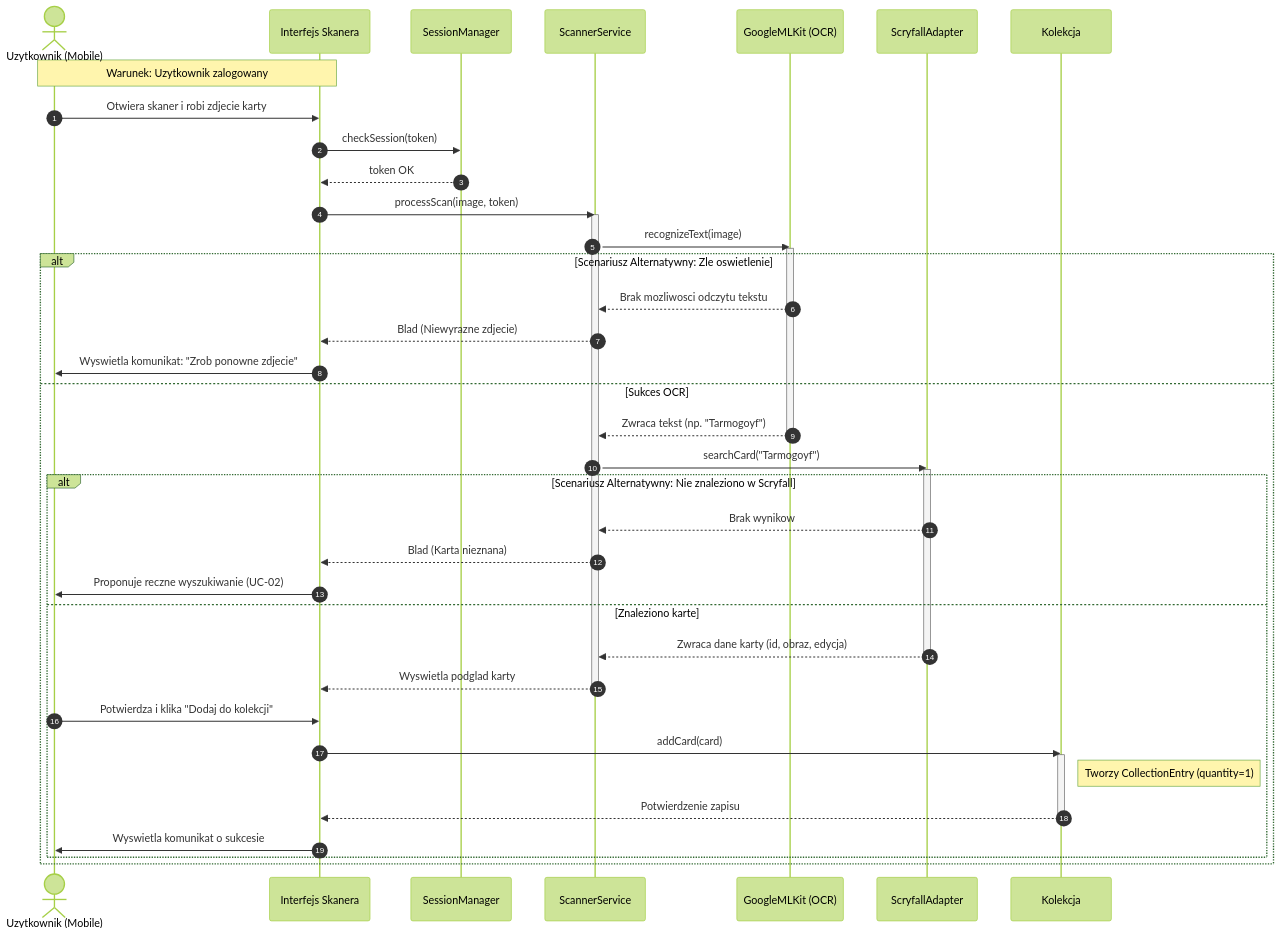
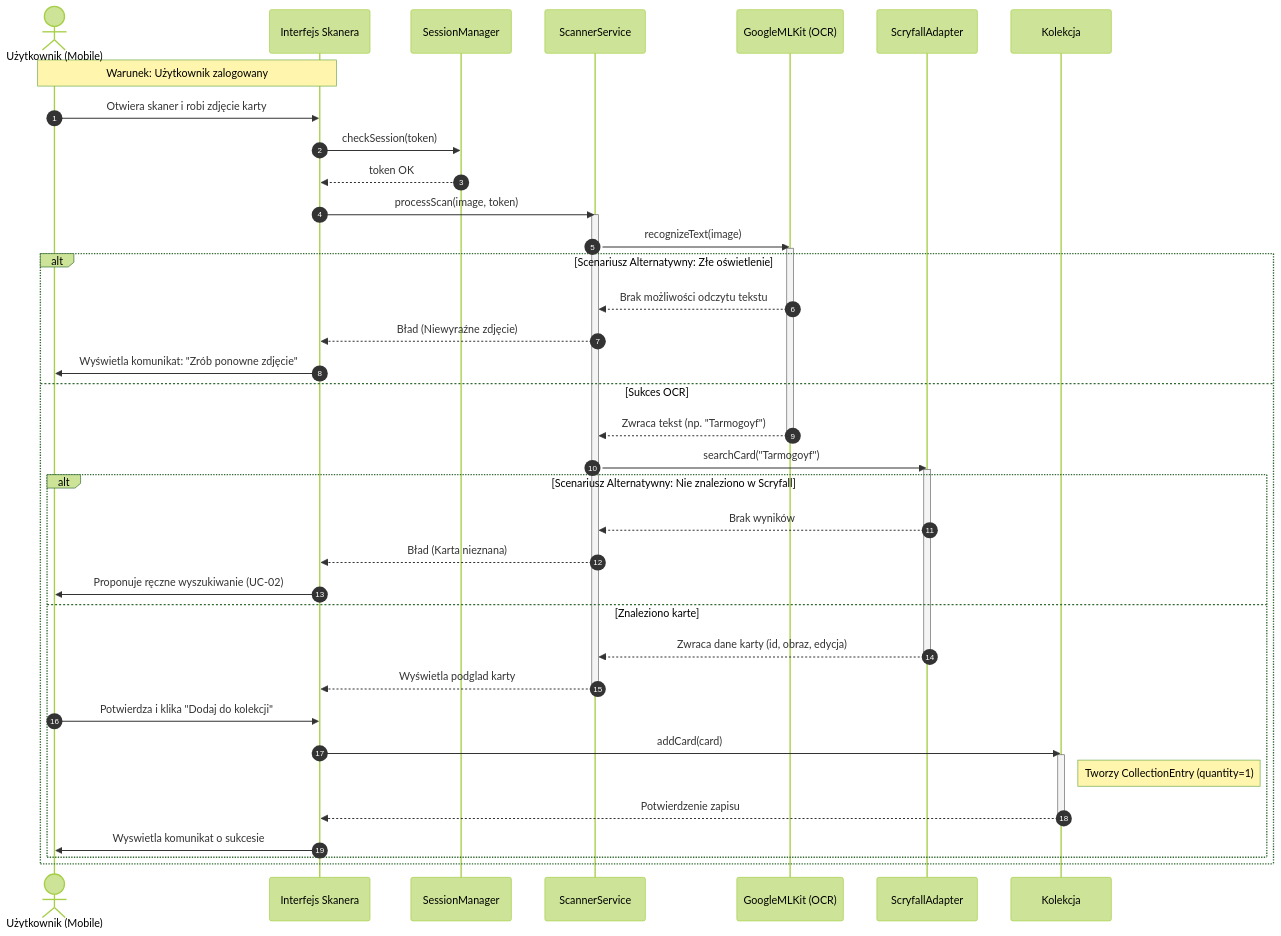
The third of 7 diagrams in work_in_progress/diagramSekwencji.md (IO-2026-Pryncypalki/Grimoire_MTG), drawn with Mermaid (forest theme) before and after one commit. The commit also changed other lines of this file and 2 other files, not shown here.

Commit message:
dodano_polskie_znaki_w_diagramie_sekwencji

````diff
--- a/work_in_progress/diagramSekwencji.md
+++ b/work_in_progress/diagramSekwencji.md
@@ -108,55 +108,55 @@
 ```mermaid
 sequenceDiagram
     autonumber
-    actor U as Uzytkownik (Mobile)
+    actor U as Użytkownik (Mobile)
     participant UI as Interfejs Skanera
     participant SM as SessionManager
     participant SS as ScannerService
     participant ML as GoogleMLKit (OCR)
     participant SA as ScryfallAdapter
     participant COL as Kolekcja
 
-    Note over U, UI: Warunek: Uzytkownik zalogowany
+    Note over U, UI: Warunek: Użytkownik zalogowany
 
-    U->>UI: Otwiera skaner i robi zdjecie karty
+    U->>UI: Otwiera skaner i robi zdjęcie karty
     UI->>SM: checkSession(token)
     SM-->>UI: token OK
 
     UI->>SS: processScan(image, token)
     activate SS
 
     SS->>ML: recognizeText(image)
     activate ML
 
-    alt Scenariusz Alternatywny: Zle oswietlenie
-        ML-->>SS: Brak mozliwosci odczytu tekstu
-        SS-->>UI: Blad (Niewyrazne zdjecie)
-        UI->>U: Wyswietla komunikat: "Zrob ponowne zdjecie"
+    alt Scenariusz Alternatywny: Złe oświetlenie
+        ML-->>SS: Brak możliwości odczytu tekstu
+        SS-->>UI: Bład (Niewyraźne zdjęcie)
+        UI->>U: Wyświetla komunikat: "Zrób ponowne zdjęcie"
     else Sukces OCR
         ML-->>SS: Zwraca tekst (np. "Tarmogoyf")
         deactivate ML
 
         SS->>SA: searchCard("Tarmogoyf")
         activate SA
 
         alt Scenariusz Alternatywny: Nie znaleziono w Scryfall
-            SA-->>SS: Brak wynikow
-            SS-->>UI: Blad (Karta nieznana)
-            UI->>U: Proponuje reczne wyszukiwanie (UC-02)
+            SA-->>SS: Brak wyników
+            SS-->>UI: Bład (Karta nieznana)
+            UI->>U: Proponuje ręczne wyszukiwanie (UC-02)
         else Znaleziono karte
             SA-->>SS: Zwraca dane karty (id, obraz, edycja)
             deactivate SA
 
-            SS-->>UI: Wyswietla podglad karty
+            SS-->>UI: Wyświetla podglad karty
             deactivate SS
 
             U->>UI: Potwierdza i klika "Dodaj do kolekcji"
             UI->>COL: addCard(card)
             activate COL
             Note right of COL: Tworzy CollectionEntry (quantity=1)
             COL-->>UI: Potwierdzenie zapisu
             deactivate COL
             UI->>U: Wyswietla komunikat o sukcesie
         end
     end
 ```
````
